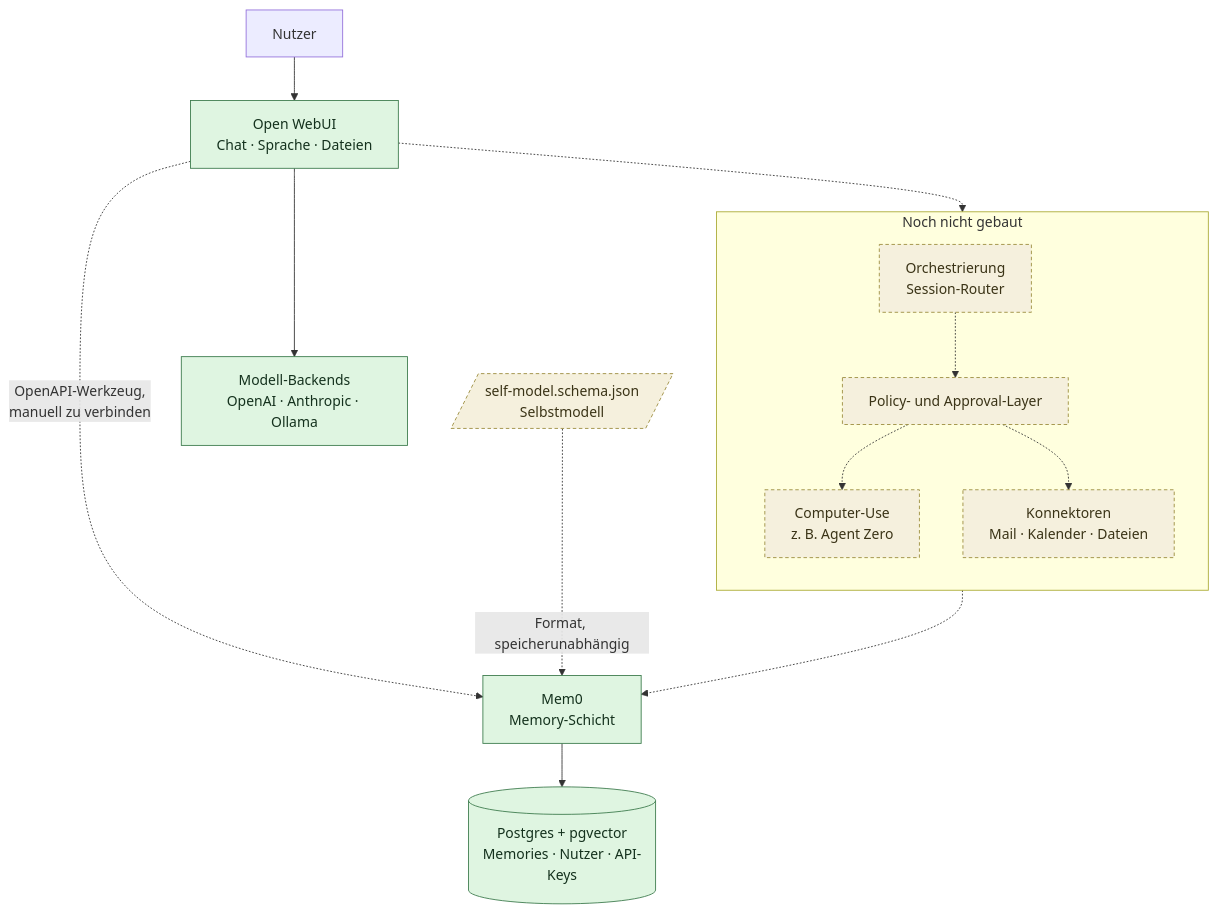
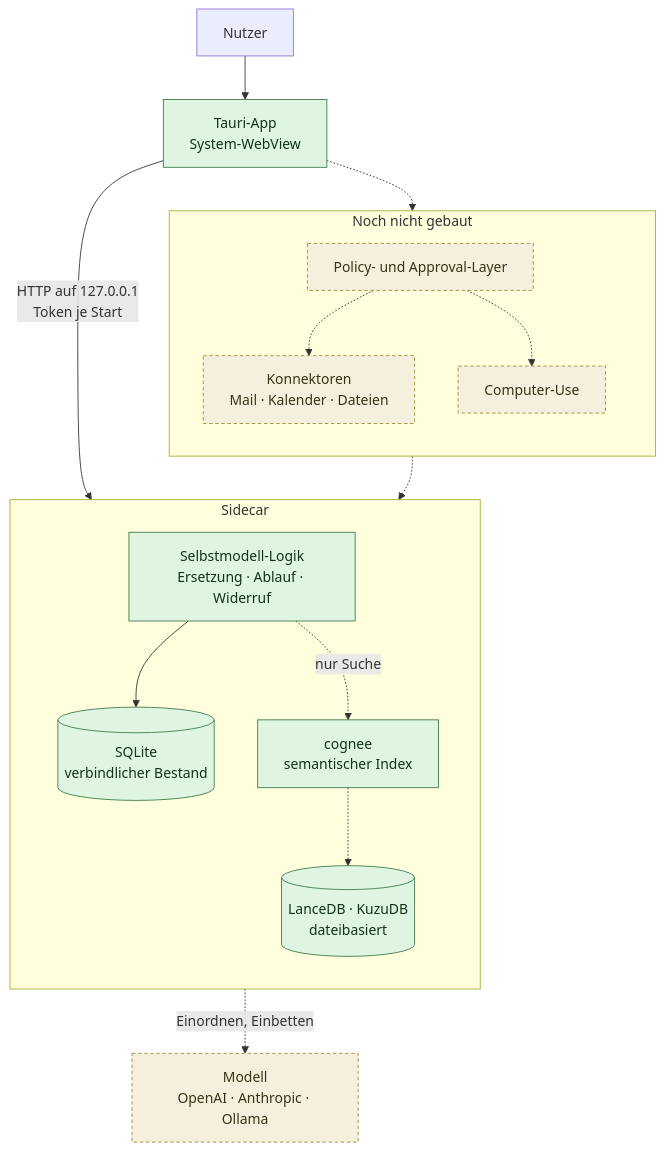
Before and after one commit to Icarus-health/Icarus: the diagram in docs/01-architektur.md, drawn with Mermaid. The commit also changed other lines of this file and 34 other files, not shown here.

````diff
--- a/docs/01-architektur.md
+++ b/docs/01-architektur.md
@@ -20,30 +24,33 @@
 ```mermaid
 flowchart TD
-    U[Nutzer] --> UI[Open WebUI<br/>Chat · Sprache · Dateien]
+    U[Nutzer] --> UI[Tauri-App<br/>System-WebView]
 
-    UI -.->|OpenAPI-Werkzeug,<br/>manuell zu verbinden| MEM[Mem0<br/>Memory-Schicht]
-    UI --> LLM[Modell-Backends<br/>OpenAI · Anthropic · Ollama]
+    UI -->|"HTTP auf 127.0.0.1<br/>Token je Start"| SC[Python-Sidecar]
 
-    MEM --> PG[(Postgres + pgvector<br/>Memories · Nutzer · API-Keys)]
+    subgraph SC [Sidecar]
+        direction TB
+        LOGIC[Selbstmodell-Logik<br/>Ersetzung · Ablauf · Widerruf]
+        LOGIC --> SQL[(SQLite<br/>verbindlicher Bestand)]
+        LOGIC -.->|nur Suche| COG[cognee<br/>semantischer Index]
+        COG -.-> FILES[(LanceDB · KuzuDB<br/>dateibasiert)]
+    end
+
+    COG -.->|Einordnen, Einbetten| LLM[Modell<br/>OpenAI · Anthropic · Ollama]
 
     subgraph offen [Noch nicht gebaut]
         direction TB
-        ORCH[Orchestrierung<br/>Session-Router]
         POL[Policy- und Approval-Layer]
-        ACT[Computer-Use<br/>z. B. Agent Zero]
         CONN[Konnektoren<br/>Mail · Kalender · Dateien]
+        ACT[Computer-Use]
     end
 
-    UI -.-> ORCH
-    ORCH -.-> POL
+    UI -.-> POL
+    POL -.-> CONN
     POL -.-> ACT
-    POL -.-> CONN
-    ORCH -.-> MEM
-
-    SM[/self-model.schema.json<br/>Selbstmodell/] -.->|Format, speicherunabhängig| MEM
+    CONN -.-> LOGIC
 
     classDef gebaut fill:#dff5e1,stroke:#3b7a4b,color:#14311d
     classDef fehlt fill:#f5f0dd,stroke:#9a8b3b,color:#3a3316,stroke-dasharray:4 3
-    class UI,MEM,PG,LLM gebaut
-    class ORCH,POL,ACT,CONN,SM fehlt
+    class UI,LOGIC,SQL,COG,FILES gebaut
+    class POL,CONN,ACT,LLM fehlt
 ```
````
